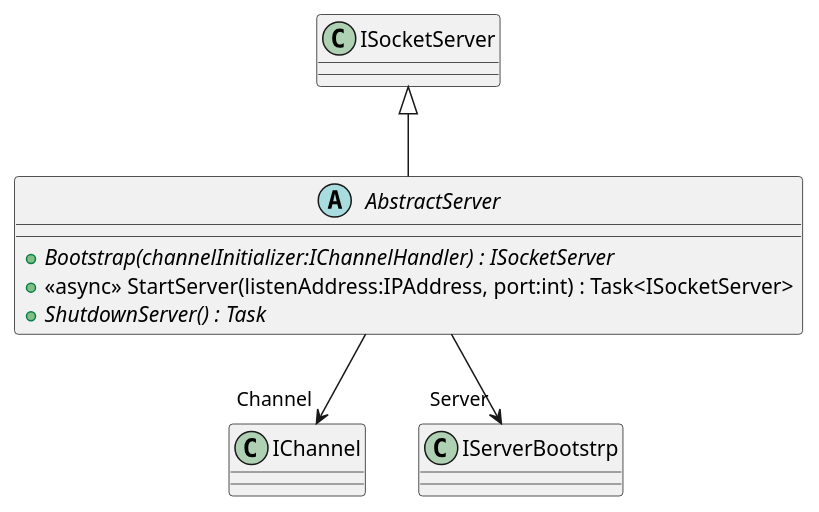
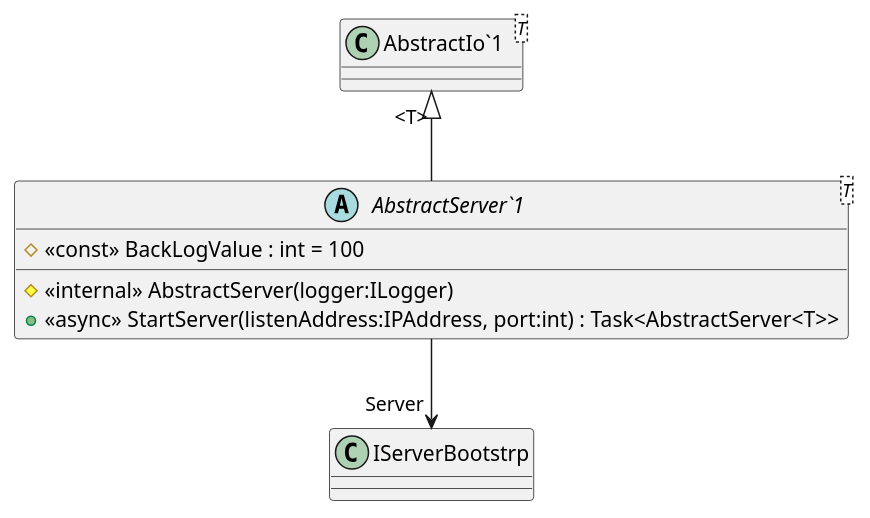
Before and after one commit to catalyst-network/Catalyst: the diagram in Documentation/UML/Catalyst.Node.Common/Helpers/IO/Inbound/AbstractServer.puml, drawn with PlantUML. The commit also changed 25 other files, not shown here.

```diff
--- a/Documentation/UML/Catalyst.Node.Common/Helpers/IO/Inbound/AbstractServer.puml
+++ b/Documentation/UML/Catalyst.Node.Common/Helpers/IO/Inbound/AbstractServer.puml
@@ -1,10 +1,11 @@
 @startuml
-abstract class AbstractServer {
-    + {abstract} Bootstrap(channelInitializer:IChannelHandler) : ISocketServer
-    + <<async>> StartServer(listenAddress:IPAddress, port:int) : Task<ISocketServer>
-    + {abstract} ShutdownServer() : Task
+abstract class "AbstractServer`1"<T> {
+    # <<const>> BackLogValue : int = 100
+    # <<internal>> AbstractServer(logger:ILogger)
+    + <<async>> StartServer(listenAddress:IPAddress, port:int) : Task<AbstractServer<T>>
 }
-ISocketServer <|-- AbstractServer
-AbstractServer --> "Channel" IChannel
-AbstractServer --> "Server" IServerBootstrp
+class "AbstractIo`1"<T> {
+}
+"AbstractIo`1" "<T>" <|-- "AbstractServer`1"
+"AbstractServer`1" --> "Server" IServerBootstrp
 @enduml
```
